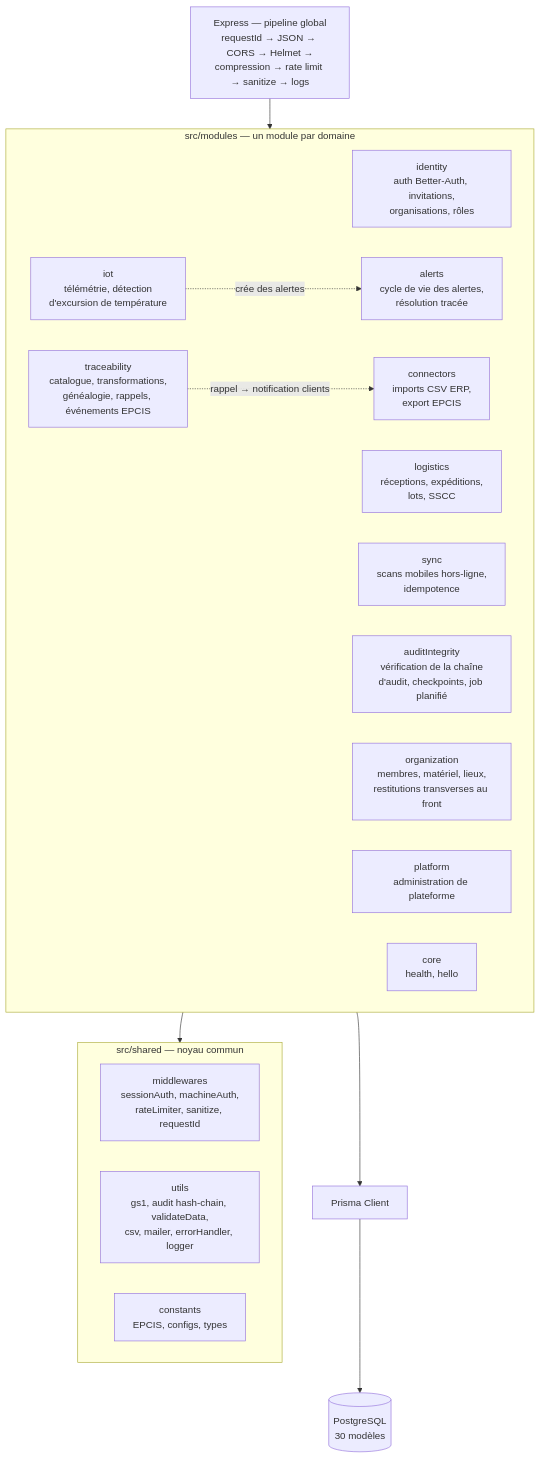
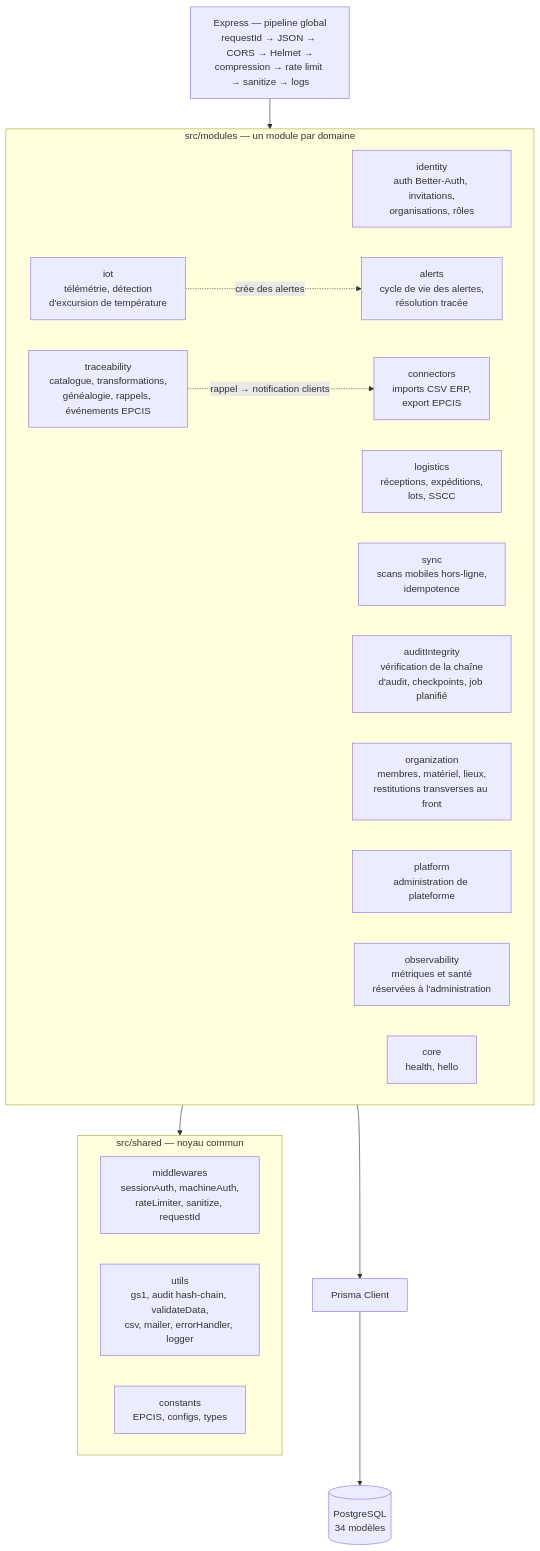
The second of 5 diagrams in docs/19_architecture.md (PaulDelamare/Nutrichain-Api), drawn with Mermaid before and after one commit. The commit also changed other lines of this file and 22 other files, not shown here.

````diff
--- a/docs/19_architecture.md
+++ b/docs/19_architecture.md
@@ -61,35 +61,36 @@
 ```mermaid
 flowchart TB
     HTTP["Express — pipeline global<br/>requestId → JSON → CORS → Helmet →<br/>compression → rate limit → sanitize → logs"]
 
     subgraph Modules["src/modules — un module par domaine"]
         IDENTITY["identity<br/>auth Better-Auth, invitations,<br/>organisations, rôles"]
         TRACE["traceability<br/>catalogue, transformations,<br/>généalogie, rappels, événements EPCIS"]
         LOGI["logistics<br/>réceptions, expéditions,<br/>lots, SSCC"]
         IOTM["iot<br/>télémétrie, détection<br/>d'excursion de température"]
         ALERTS["alerts<br/>cycle de vie des alertes,<br/>résolution tracée"]
         SYNC["sync<br/>scans mobiles hors-ligne,<br/>idempotence"]
         CONN["connectors<br/>imports CSV ERP,<br/>export EPCIS"]
         AUDIT["auditIntegrity<br/>vérification de la chaîne<br/>d'audit, checkpoints, job planifié"]
         ORG["organization<br/>membres, matériel, lieux,<br/>restitutions transverses au front"]
         PLAT["platform<br/>administration de plateforme"]
+        OBS["observability<br/>métriques et santé<br/>réservées à l'administration"]
         CORE["core<br/>health, hello"]
     end
 
     subgraph Shared["src/shared — noyau commun"]
         MW["middlewares<br/>sessionAuth, machineAuth,<br/>rateLimiter, sanitize, requestId"]
         UTILS["utils<br/>gs1, audit hash-chain, validateData,<br/>csv, mailer, errorHandler, logger"]
         CONSTS["constants<br/>EPCIS, configs, types"]
     end
 
     PRISMA["Prisma Client"]
-    DB[("PostgreSQL<br/>30 modèles")]
+    DB[("PostgreSQL<br/>34 modèles")]
 
     HTTP --> Modules
     Modules --> Shared
     Modules --> PRISMA
     PRISMA --> DB
 
     IOTM -.->|"crée des alertes"| ALERTS
     TRACE -.->|"rappel → notification clients"| CONN
 ```
````
